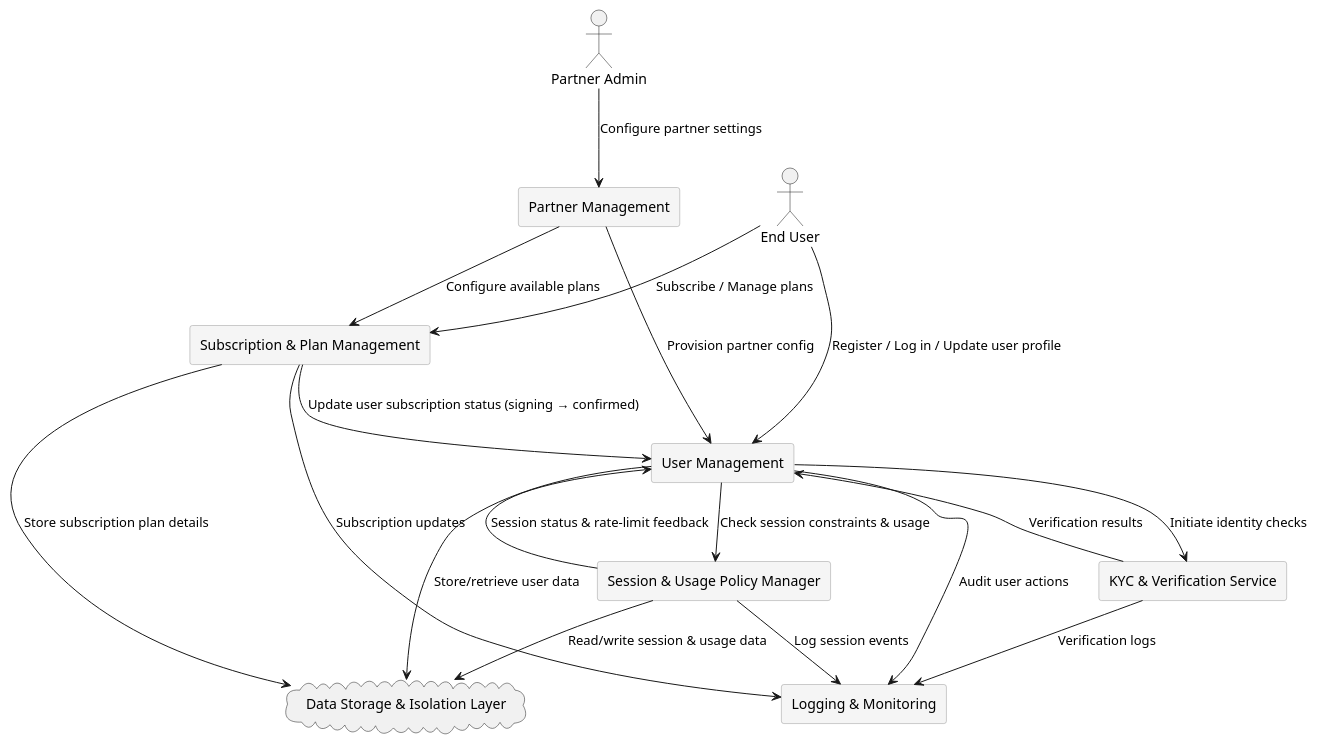
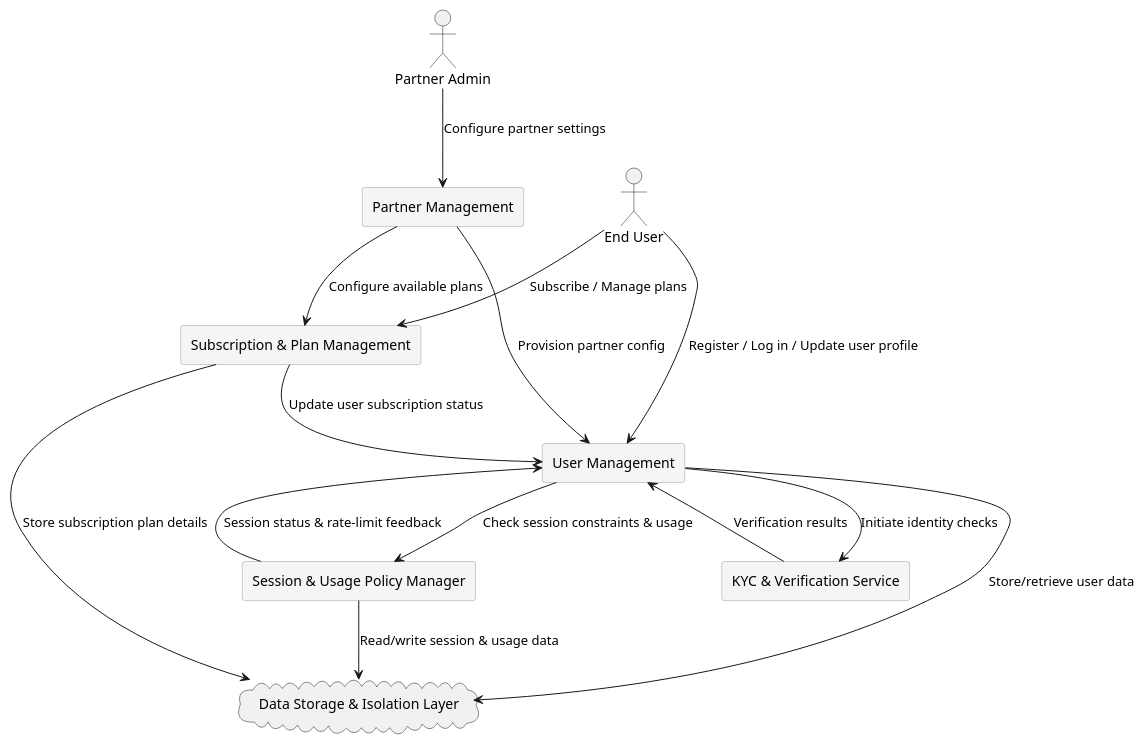
The diagram in docs/task1/architecture/system_components.md (Lamhita/doctest), drawn with PlantUML before and after one commit. The commit also changed other lines of this file and 33 other files, not shown here.

````diff
--- a/docs/task1/architecture/system_components.md
+++ b/docs/task1/architecture/system_components.md
@@ -67,44 +73,38 @@
 ```plantuml
 @startuml
 
 skinparam rectangle {
   BackgroundColor #F5F5F5
   BorderColor #999999
 }
 
 actor "Partner Admin" as PA
 actor "End User" as EU
 
 rectangle "Partner Management" as PM
 rectangle "User Management" as UM
 rectangle "Session & Usage Policy Manager" as SM
 rectangle "Subscription & Plan Management" as SUB
 rectangle "KYC & Verification Service" as KYC
 cloud "Data Storage & Isolation Layer" as DS
-rectangle "Logging & Monitoring" as LOG
 
 PA --> PM : Configure partner settings
 PM --> UM : Provision partner config
 PM --> SUB : Configure available plans
 
 EU --> UM : Register / Log in / Update user profile
 EU --> SUB : Subscribe / Manage plans
 
 UM --> SM : Check session constraints & usage
 SM --> UM : Session status & rate-limit feedback
 
-SUB --> UM : Update user subscription status (signing → confirmed)
+SUB --> UM : Update user subscription status
 UM --> DS : Store/retrieve user data
 SM --> DS : Read/write session & usage data
 SUB --> DS : Store subscription plan details
 
 UM --> KYC : Initiate identity checks
 KYC --> UM : Verification results
 
-UM --> LOG : Audit user actions
-SM --> LOG : Log session events
-SUB --> LOG : Subscription updates
-KYC --> LOG : Verification logs
-
 @enduml
 ```
````
